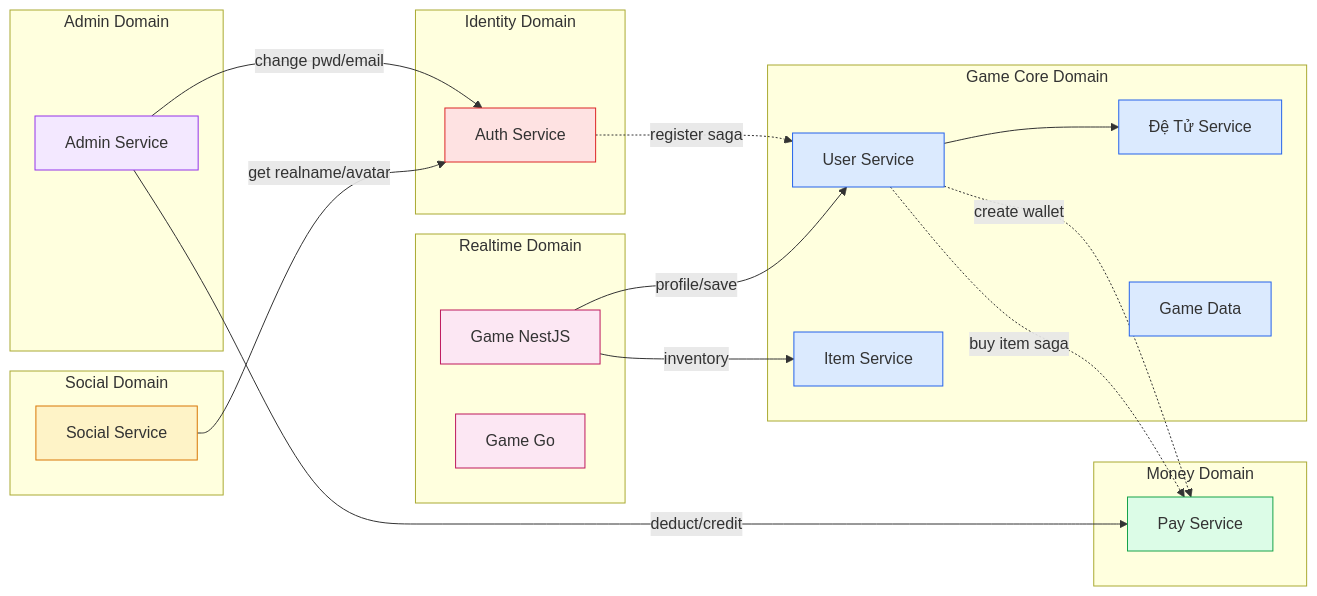
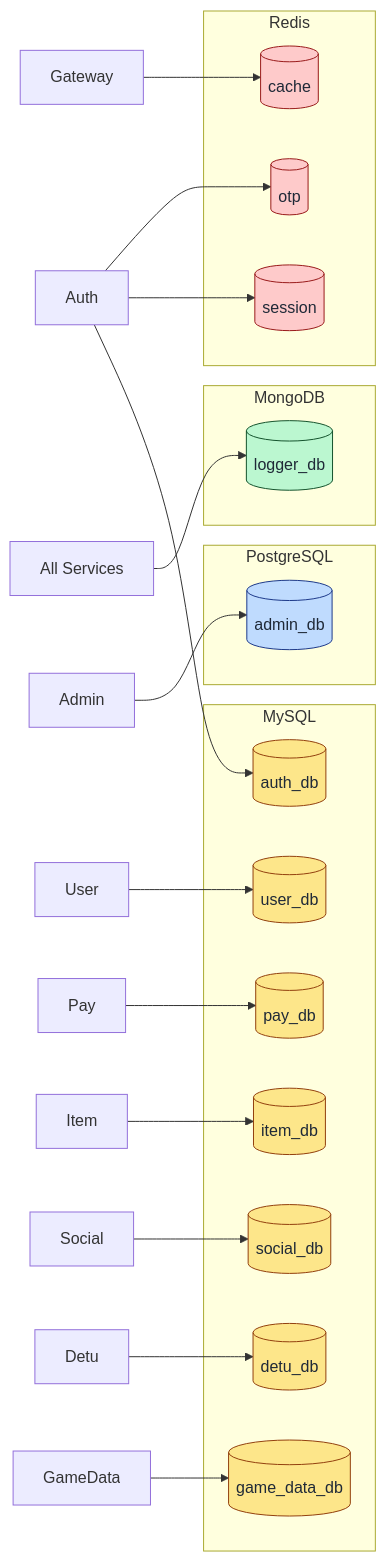
Before and after one commit to DANG-PH/dragonboy-api-gateway: diagram 18 of 18 in docs/architecture.md, drawn with Mermaid. The commit also changed other lines of this file, not shown here.

Commit message:
fix: architecture docs with erd, diagram, usecase,...

````diff
--- a/docs/architecture.md
+++ b/docs/architecture.md
@@ -1117,63 +988,48 @@
 ```mermaid
-flowchart LR
-    subgraph Identity["Identity Domain"]
-        Auth[Auth Service]
+graph LR
+    subgraph MySQL_DBs["MySQL"]
+        AuthDB[(auth_db)]
+        UserDB[(user_db)]
+        PayDB[(pay_db)]
+        ItemDB[(item_db)]
+        SocialDB[(social_db)]
+        DetuDB[(detu_db)]
+        GameDataDB[(game_data_db)]
     end
 
-    subgraph GameCore["Game Core Domain"]
-        User[User Service]
-        Detu[Đệ Tử Service]
-        Item[Item Service]
-        GameData[Game Data]
+    subgraph Postgres_DBs["PostgreSQL"]
+        AdminDB[(admin_db)]
     end
 
-    subgraph Money["Money Domain"]
-        Pay[Pay Service]
+    subgraph Mongo_DBs["MongoDB"]
+        LoggerDB[(logger_db)]
     end
 
-    subgraph Social["Social Domain"]
-        SocialSvc[Social Service]
+    subgraph Redis_DBs["Redis"]
+        SessionRedis[(session)]
+        OtpRedis[(otp)]
+        CacheRedis[(cache)]
     end
 
-    subgraph AdminBiz["Admin Domain"]
-        Admin[Admin Service]
-    end
+    Auth[Auth] --> AuthDB
+    User[User] --> UserDB
+    Pay[Pay] --> PayDB
+    Item[Item] --> ItemDB
+    Social[Social] --> SocialDB
+    Detu[Detu] --> DetuDB
+    GameData[GameData] --> GameDataDB
+    Admin[Admin] --> AdminDB
+    AllSvcs[All Services] --> LoggerDB
+    Auth --> SessionRedis
+    Auth --> OtpRedis
+    Gateway[Gateway] --> CacheRedis
 
-    subgraph Realtime["Realtime Domain"]
-        GameNest[Game NestJS]
-        GameGo[Game Go]
-    end
-
-    %% Identity -> Game Core (register flow)
-    Auth -.register saga.-> User
-    User -.create wallet.-> Pay
-    User --> Detu
-
-    %% Admin business flows
-    Admin -->|change pwd/email| Auth
-    Admin -->|deduct/credit| Pay
-
-    %% Social reads identity
-    SocialSvc -->|get realname/avatar| Auth
-
-    %% Game realtime reads game core
-    GameNest -->|profile/save| User
-    GameNest -->|inventory| Item
-
-    %% Game core money
-    User -.buy item saga.-> Pay
-
-    classDef identity fill:#fee2e2,stroke:#dc2626
-    classDef core fill:#dbeafe,stroke:#2563eb
-    classDef money fill:#dcfce7,stroke:#16a34a
-    classDef social fill:#fef3c7,stroke:#d97706
-    classDef admin fill:#f3e8ff,stroke:#9333ea
-    classDef realtime fill:#fce7f3,stroke:#be185d
-
-    class Auth identity
-    class User,Detu,Item,GameData core
-    class Pay money
-    class SocialSvc social
-    class Admin admin
-    class GameNest,GameGo realtime
+    classDef mysql fill:#fde68a,stroke:#92400e,color:#1f2937
+    classDef pg fill:#bfdbfe,stroke:#1e3a8a,color:#1f2937
+    classDef mongo fill:#bbf7d0,stroke:#14532d,color:#1f2937
+    classDef redis fill:#fecaca,stroke:#991b1b,color:#1f2937
+    class AuthDB,UserDB,PayDB,ItemDB,SocialDB,DetuDB,GameDataDB mysql
+    class AdminDB pg
+    class LoggerDB mongo
+    class SessionRedis,OtpRedis,CacheRedis redis
 ```
````
